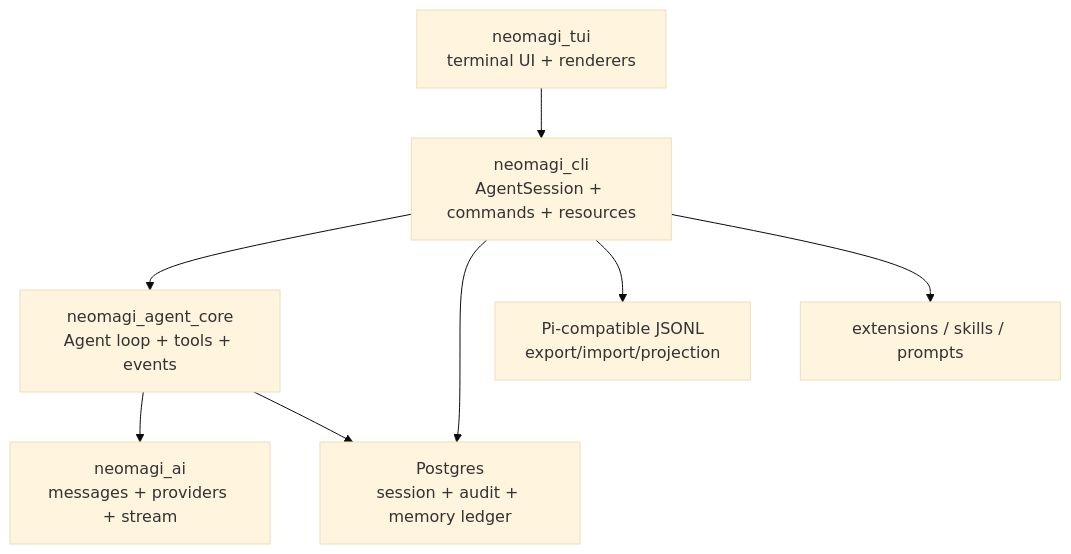
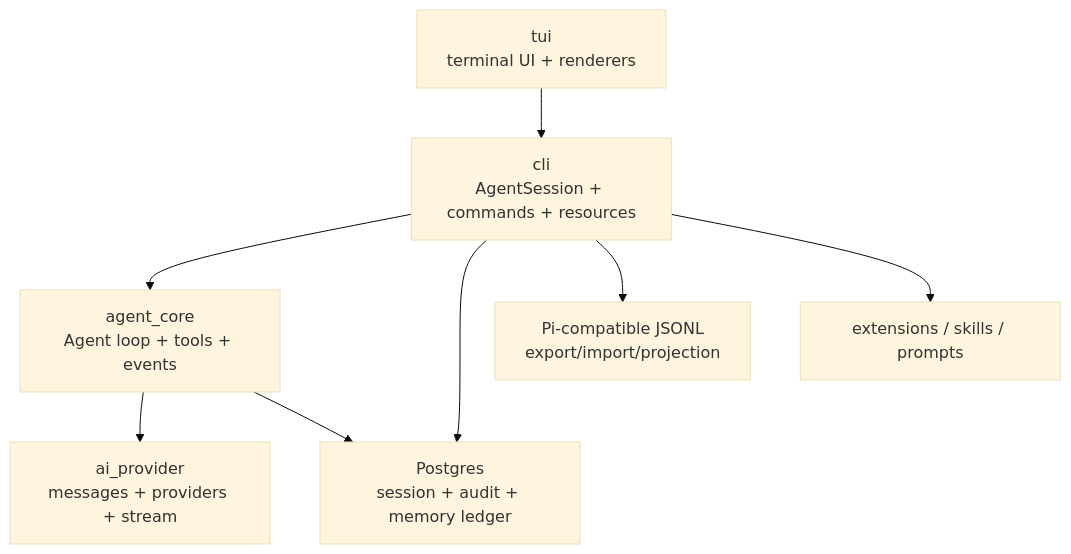
Before and after one commit to masszhou/NeoMAGI_v2: the diagram in design_docs/architecture/p1_pi_cli_technical_architecture.md, drawn with Mermaid (base theme). The commit also changed other lines of this file and 1 other file, not shown here.

First line of the commit message:
docs: drop neomagi_ prefix from python package layout

````diff
--- a/design_docs/architecture/p1_pi_cli_technical_architecture.md
+++ b/design_docs/architecture/p1_pi_cli_technical_architecture.md
@@ -43,18 +43,18 @@
 ```mermaid
 flowchart TB
-  TUI["neomagi_tui\nterminal UI + renderers"]
-  PRODUCT["neomagi_cli\nAgentSession + commands + resources"]
-  CORE["neomagi_agent_core\nAgent loop + tools + events"]
-  AI["neomagi_ai\nmessages + providers + stream"]
+  TUI["tui\nterminal UI + renderers"]
+  PRODUCT["cli\nAgentSession + commands + resources"]
+  CORE["agent_core\nAgent loop + tools + events"]
+  AI["ai_provider\nmessages + providers + stream"]
   DB["Postgres\nsession + audit + memory ledger"]
   JSONL["Pi-compatible JSONL\nexport/import/projection"]
   EXT["extensions / skills / prompts"]
 
   TUI --> PRODUCT
   PRODUCT --> CORE
   CORE --> AI
   PRODUCT --> DB
   PRODUCT --> JSONL
   PRODUCT --> EXT
   CORE --> DB
 ```
````
